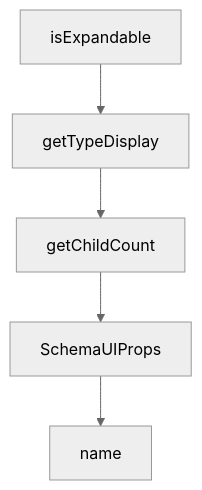
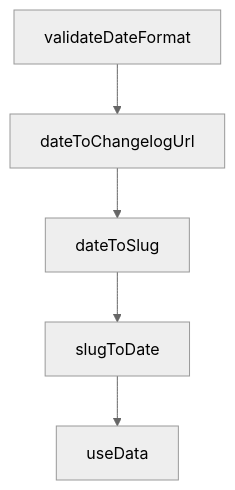
One commit to johnxie/awesome-code-docs changed the diagram in tutorials/composio-tutorial/05-tool-execution-modes-and-modifiers.md. Above: the diagram before and after it, drawn with Mermaid (neutral theme). The commit also changed other lines of this file and 1232 other files, not shown here.

````diff
--- a/tutorials/composio-tutorial/05-tool-execution-modes-and-modifiers.md
+++ b/tutorials/composio-tutorial/05-tool-execution-modes-and-modifiers.md
@@ -222,12 +171,12 @@
 ```mermaid
 flowchart TD
-    A[isExpandable]
-    B[getTypeDisplay]
-    C[getChildCount]
-    D[SchemaUIProps]
-    E[name]
+    A[validateDateFormat]
+    B[dateToChangelogUrl]
+    C[dateToSlug]
+    D[slugToDate]
+    E[useData]
     A --> B
     B --> C
     C --> D
     D --> E
 ```
````
